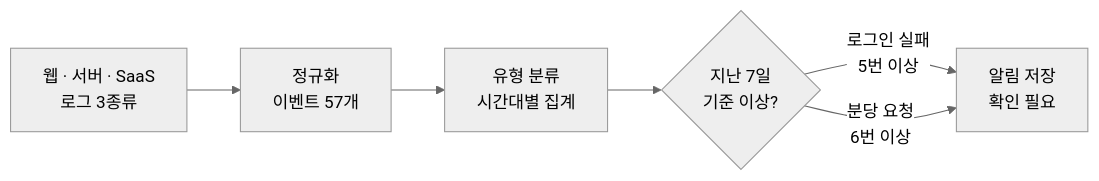
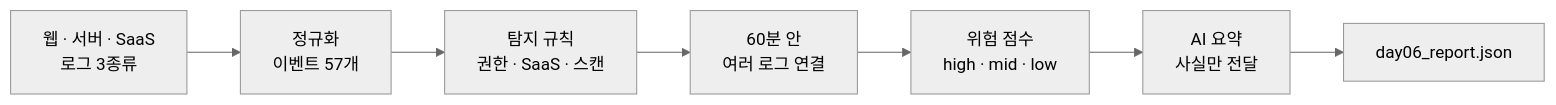
One commit to mdkk0220/security-agent-toolkit changed the diagram in anomaly_detection_4/README.md. Above: the diagram before and after it, drawn with Mermaid (neutral theme). The commit also changed other lines of this file and 11 other files, not shown here.

````diff
--- a/anomaly_detection_4/README.md
+++ b/anomaly_detection_4/README.md
@@ -7,8 +7,9 @@
 ```mermaid
 flowchart LR
     A["웹 · 서버 · SaaS<br/>로그 3종류"] --> B["정규화<br/>이벤트 57개"]
-    B --> C["유형 분류<br/>시간대별 집계"]
-    C --> D{"지난 7일<br/>기준 이상?"}
-    D -- "로그인 실패<br/>5번 이상" --> E["알림 저장<br/>확인 필요"]
-    D -- "분당 요청<br/>6번 이상" --> E
+    B --> C["탐지 규칙<br/>권한 · SaaS · 스캔"]
+    C --> D["60분 안<br/>여러 로그 연결"]
+    D --> E["위험 점수<br/>high · mid · low"]
+    E --> F["AI 요약<br/>사실만 전달"]
+    F --> G["day06_report.json"]
 ```
````
